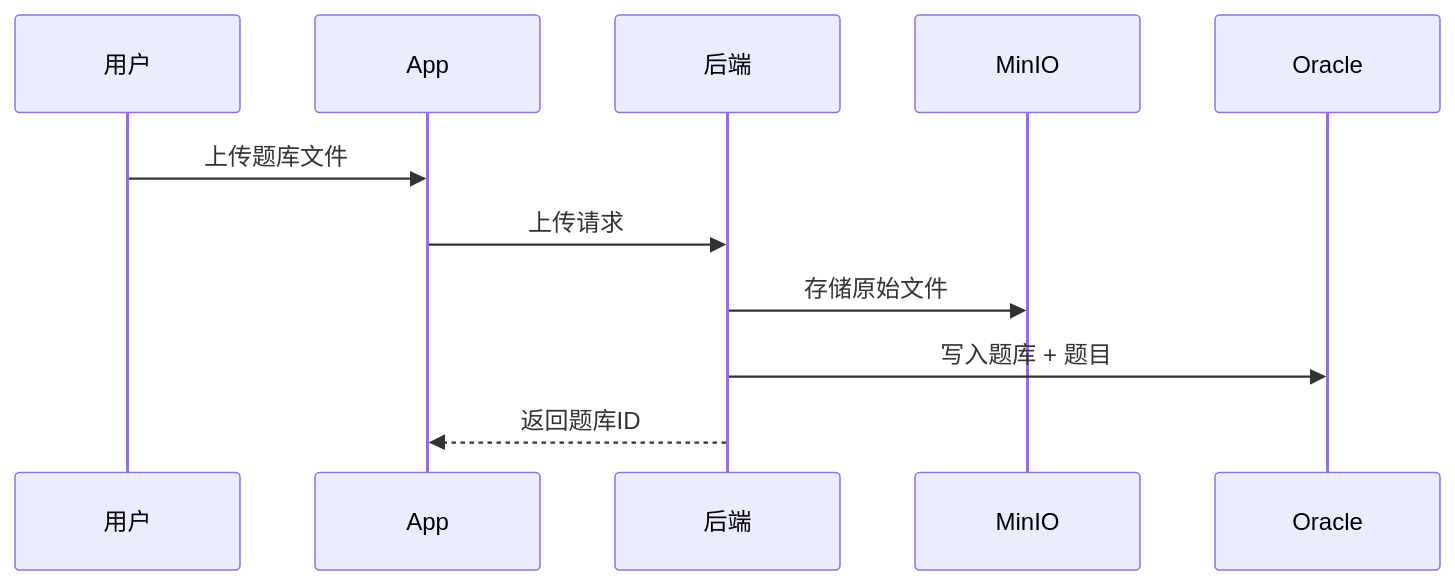
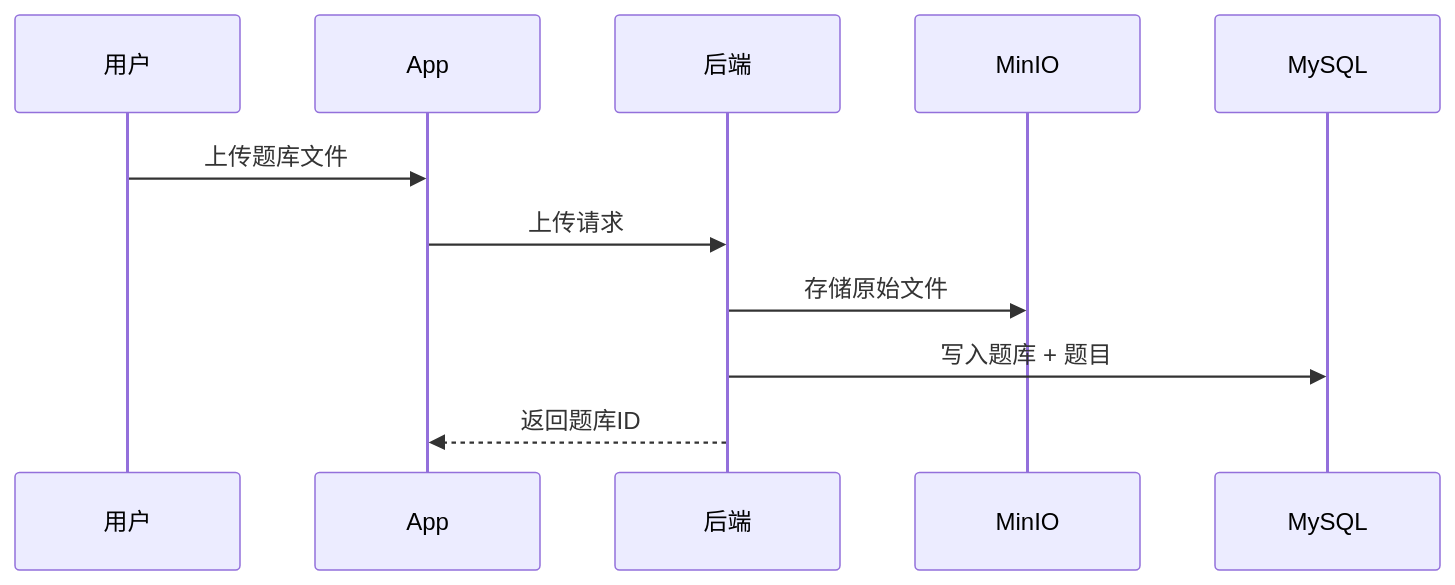
The second of 5 diagrams in docs/tdd/tdd1.0.md (afanzaimoyu/effective-brushing), drawn with Mermaid before and after one commit. The commit also changed other lines of this file and 3 other files, not shown here.

First line of the commit message:
feat: architecture pivot to MySQL and formalize API specifications

````diff
--- a/docs/tdd/tdd1.0.md
+++ b/docs/tdd/tdd1.0.md
@@ -74,14 +74,14 @@
 ```mermaid
 sequenceDiagram
     participant U as 用户
     participant App as App
     participant API as 后端
     participant OSS as MinIO
-    participant DB as Oracle
+    participant DB as MySQL
 
     U->>App: 上传题库文件
     App->>API: 上传请求
     API->>OSS: 存储原始文件
     API->>DB: 写入题库 + 题目
     API-->>App: 返回题库ID
 ```
````
